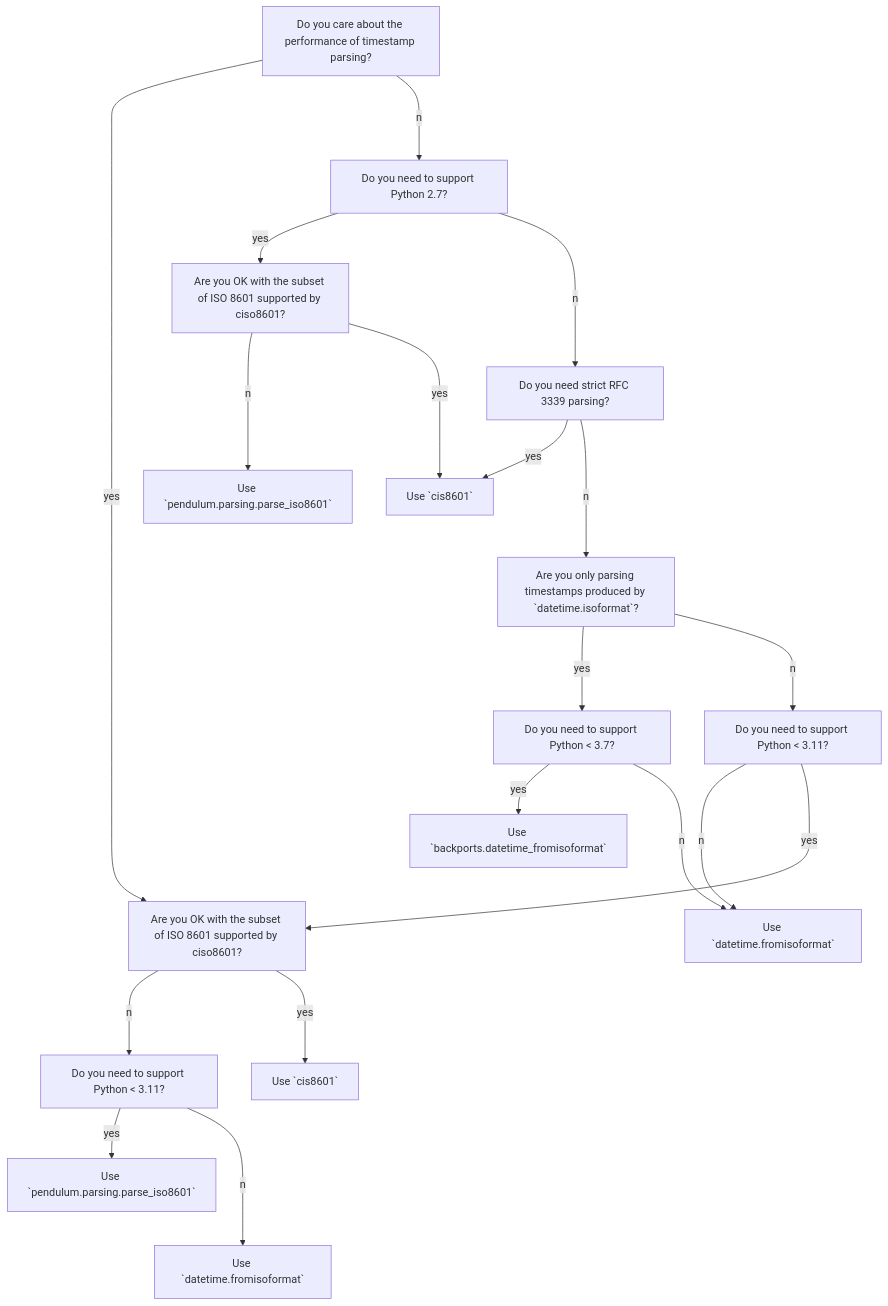
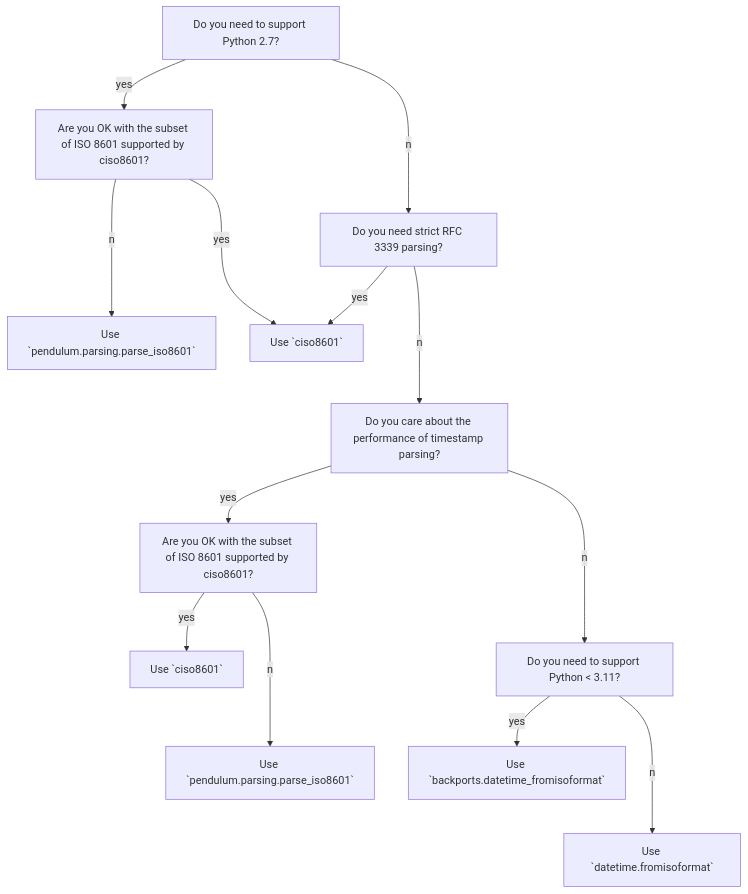
Before and after one commit to closeio/ciso8601: the diagram in why_ciso8601.md, drawn with Mermaid. The commit also changed other lines of this file, not shown here.

Commit message:
Simplify the decision tree with `backports.datetime_fromisoformat` v2.0.0

````diff
--- a/why_ciso8601.md
+++ b/why_ciso8601.md
@@ -16,43 +15,33 @@
 ```mermaid
 graph TD;
-    A[Do you care about the performance of timestamp parsing?]
-    A--yes-->D;
-    A--no-->C;
     C[Do you need to support Python 2.7?];
     C--yes-->DD
     C--no-->E
+
     E[Do you need strict RFC 3339 parsing?];
     E--yes-->YY;
-    E--no-->G;
-    G[Are you only parsing timestamps produced by `datetime.isoformat`?]
-    G--yes-->F;
-    G--no-->H;
-    F[Do you need to support Python < 3.7?]
-    F--yes-->V;
-    F--no-->Z;
+    E--no-->AA;
+
+    AA[Do you care about the performance of timestamp parsing?]
+    AA--yes-->D;
+    AA--no-->H;
 
     H[Do you need to support Python < 3.11?]
+    H--yes-->V;
     H--no-->Z;
-    H--yes--->D;
 
     DD[Are you OK with the subset of ISO 8601 supported by ciso8601?]
     DD--no-->WW;
     DD--yes-->YY;
 
-
     D[Are you OK with the subset of ISO 8601 supported by ciso8601?]
-    D--no-->I;
-    D--yes--->Y;
-
-    I[Do you need to support Python < 3.11?]
-    I--yes-->W;
-    I--no-->ZZ;
+    D--yes-->Y;
+    D--no-->W;
 
     V[Use `backports.datetime_fromisoformat`]
     W[Use `pendulum.parsing.parse_iso8601`]
     WW[Use `pendulum.parsing.parse_iso8601`]
-    Y[Use `cis8601`]
-    YY[Use `cis8601`]
+    Y[Use `ciso8601`]
+    YY[Use `ciso8601`]
     Z[Use `datetime.fromisoformat`]
-    ZZ[Use `datetime.fromisoformat`]
 ```
````
